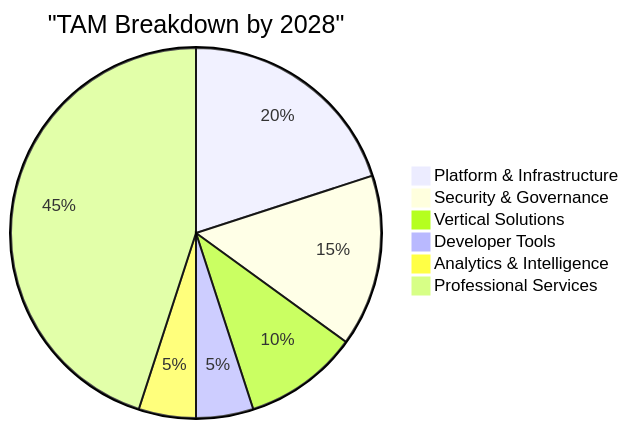
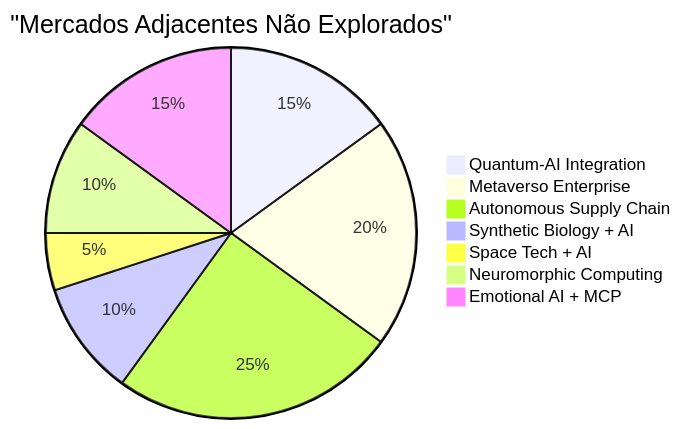
One commit to felipepimentel/my-public-notes changed the second of 10 diagrams in docs/AI/Comunicação/MCP/16-mcp-analise preditiva.md. Above: the diagram before and after it, drawn with Mermaid. The commit also changed other lines of this file and 2 other files, not shown here.

````diff
--- a/docs/AI/Comunicação/MCP/16-mcp-analise preditiva.md
+++ b/docs/AI/Comunicação/MCP/16-mcp-analise preditiva.md
@@ -158,9 +64,10 @@
 ```mermaid
-pie title "TAM Breakdown by 2028"
-    "Platform & Infrastructure" : 20
-    "Security & Governance" : 15
-    "Vertical Solutions" : 10
-    "Developer Tools" : 5
-    "Analytics & Intelligence" : 5
-    "Professional Services" : 45
+pie title "Mercados Adjacentes Não Explorados"
+    "Quantum-AI Integration" : 15
+    "Metaverso Enterprise" : 20
+    "Autonomous Supply Chain" : 25
+    "Synthetic Biology + AI" : 10
+    "Space Tech + AI" : 5
+    "Neuromorphic Computing" : 10
+    "Emotional AI + MCP" : 15
 ```
````
